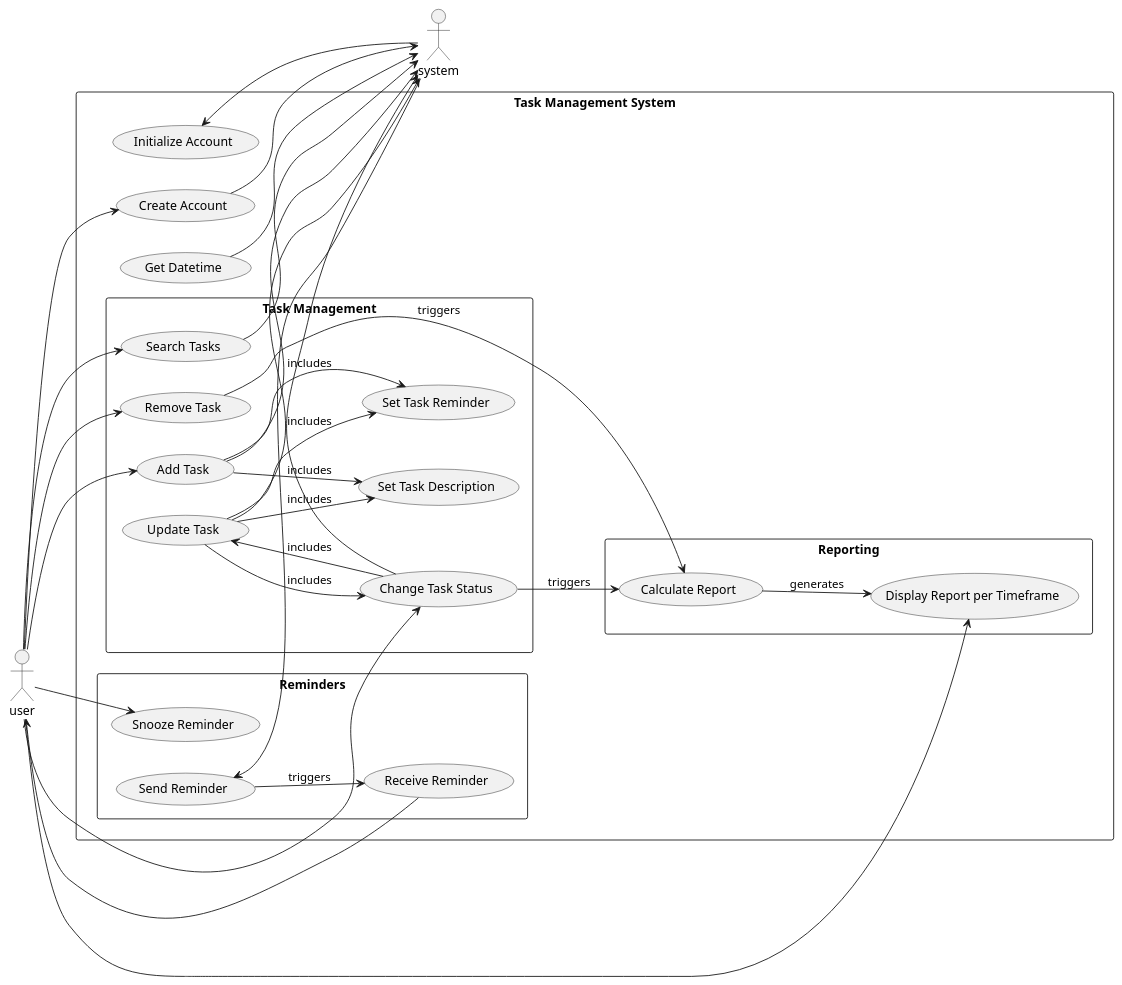
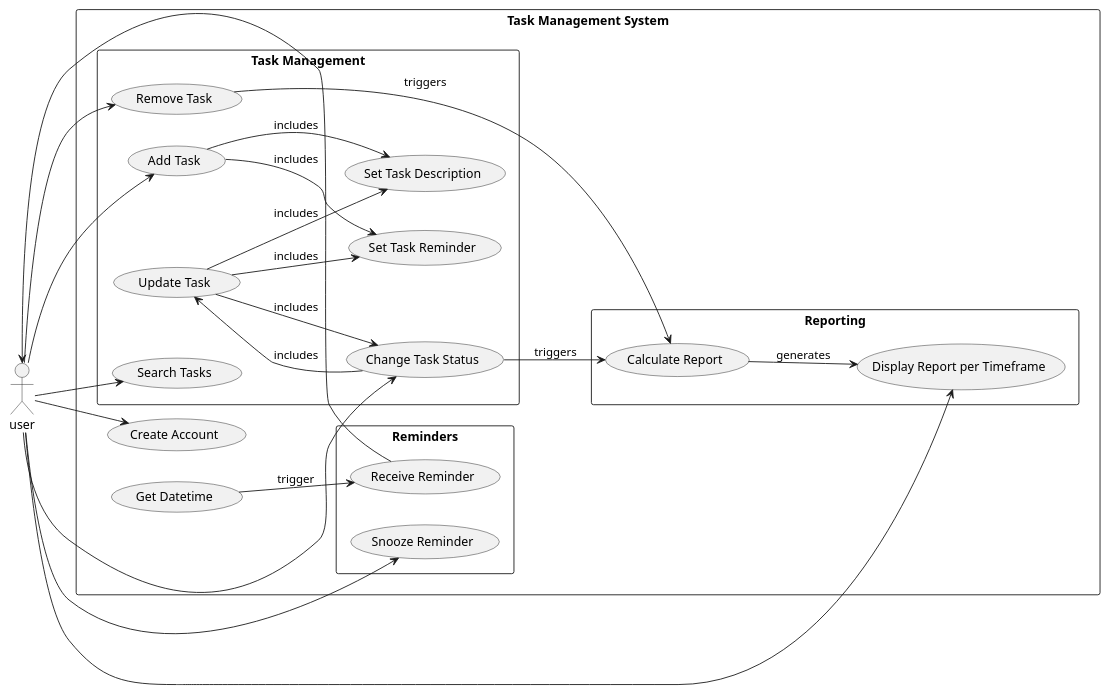
The diagram in Use-Case.puml (Wessam100/On-Time-), drawn with PlantUML before and after one commit. The commit also changed 2 other files, not shown here.

```diff
--- a/Use-Case.puml
+++ b/Use-Case.puml
@@ -1,71 +1,60 @@
 @startuml use-case
 left to right direction
 
-actor system
 actor user 
 
 
 rectangle "Task Management System" {
     usecase "Create Account" as UC1
-    usecase "Initialize Account" as UC15
     
     rectangle "Task Management" {
         usecase "Add Task" as UC2
         usecase "Set Task Description" as UC3
         usecase "Set Task Reminder" as UC4
         usecase "Update Task" as UC7
         usecase "Change Task Status" as UC6
         usecase "Remove Task" as UC8
         usecase "Search Tasks" as UC5
     }
 
     rectangle "Reminders" {
         usecase "Receive Reminder" as UC9
         usecase "Snooze Reminder" as UC10
-        usecase "Send Reminder" as UC14
     }
 
     rectangle "Reporting" {
         usecase "Calculate Report" as UC11
         usecase "Display Report per Timeframe" as UC12
     }
 
     usecase "Get Datetime" as UC13
 }
 
 ' User interactions
 user --> UC1
 user --> UC2
 user --> UC5
 user --> UC6
 user --> UC8
 user --> UC10
 user --> UC12
 
-' System interactions
-system --> UC15
-system --> UC14
 
-' System communication with use cases
-UC1 --> system
-UC13 --> system
-UC2 --> system
-UC6 --> system
-UC5 --> system
-UC7 --> system
 
 ' Relationships between use cases
 UC2 --> UC3 : includes
 UC2 --> UC4 : includes
 UC7 --> UC3 : includes
 UC7 --> UC4 : includes
 UC6 --> UC7 : includes
 UC7 --> UC6 : includes
 UC6 --> UC11 : triggers
 UC8 --> UC11 : triggers
 UC11 --> UC12 : generates
-UC14 --> UC9 : triggers
+UC13 --> UC9 : trigger
 
 ' Reminder notifications
 UC9 --> user
+
+
 @enduml
```
